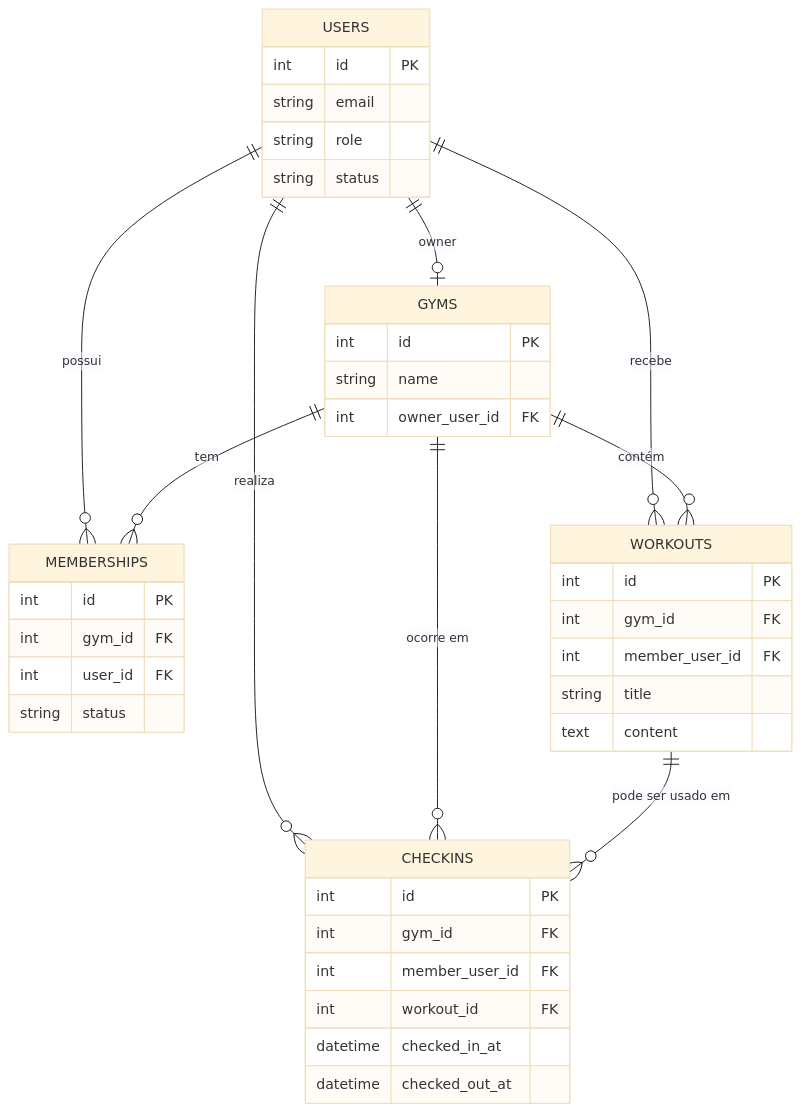
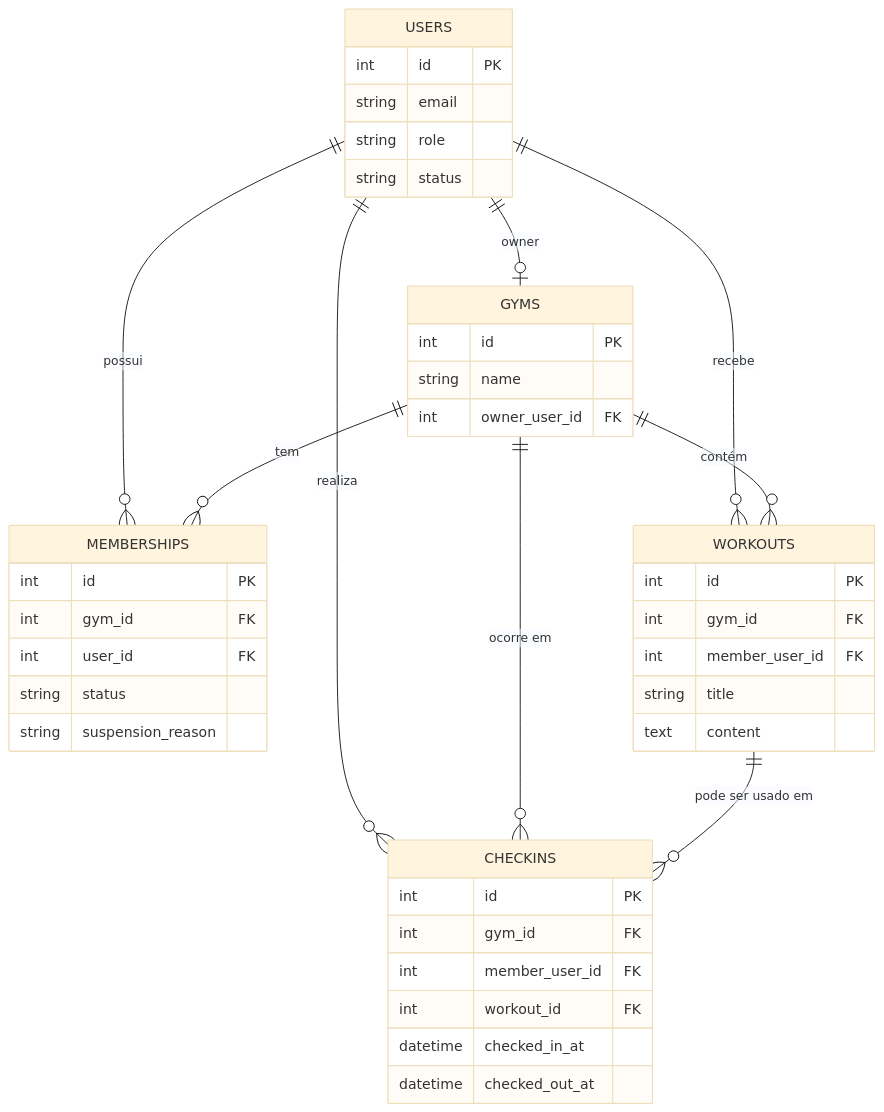
One commit to nittosantos/pi_gym changed the diagram in docs/modelagem/modelo-conceitual.md. Above: the diagram before and after it, drawn with Mermaid (base theme). The commit also changed other lines of this file and 11 other files, not shown here.

````diff
--- a/docs/modelagem/modelo-conceitual.md
+++ b/docs/modelagem/modelo-conceitual.md
@@ -23,44 +23,45 @@
 ```mermaid
 erDiagram
   USERS ||--o| GYMS : "owner"
   USERS ||--o{ MEMBERSHIPS : "possui"
   GYMS ||--o{ MEMBERSHIPS : "tem"
   USERS ||--o{ WORKOUTS : "recebe"
   GYMS ||--o{ WORKOUTS : "contém"
   USERS ||--o{ CHECKINS : "realiza"
   GYMS ||--o{ CHECKINS : "ocorre em"
   WORKOUTS ||--o{ CHECKINS : "pode ser usado em"
 
   USERS {
     int id PK
     string email
     string role
     string status
   }
   GYMS {
     int id PK
     string name
     int owner_user_id FK
   }
   MEMBERSHIPS {
     int id PK
     int gym_id FK
     int user_id FK
     string status
+    string suspension_reason
   }
   WORKOUTS {
     int id PK
     int gym_id FK
     int member_user_id FK
     string title
     text content
   }
   CHECKINS {
     int id PK
     int gym_id FK
     int member_user_id FK
     int workout_id FK
     datetime checked_in_at
     datetime checked_out_at
   }
 ```
````
